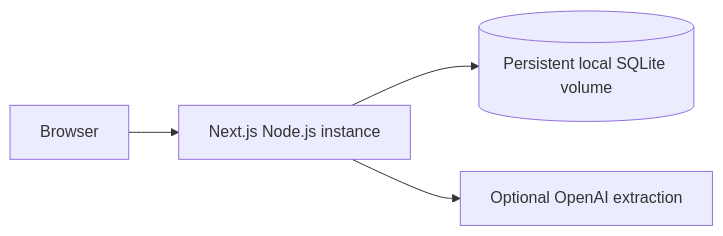
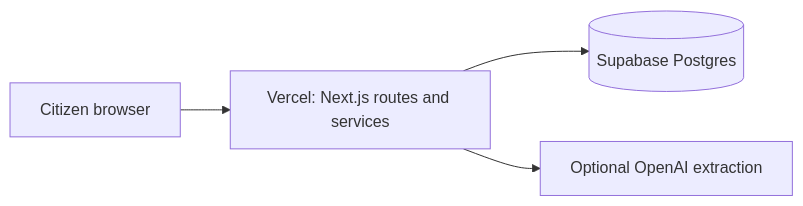
Before and after one commit to Haus-Nous/bhoomi-check: the diagram in docs/DEPLOYMENT.md, drawn with Mermaid. The commit also changed other lines of this file and 45 other files, not shown here.

Commit message:
Phase 15: add Supabase Postgres deployment adapter

````diff
--- a/docs/DEPLOYMENT.md
+++ b/docs/DEPLOYMENT.md
@@ -7,6 +5,6 @@
 ```mermaid
 flowchart LR
-  B[Browser] --> N[Next.js Node.js instance]
-  N --> S[(Persistent local SQLite volume)]
-  N --> O[Optional OpenAI extraction]
+  B[Citizen browser] --> V[Vercel: Next.js routes and services]
+  V --> P[(Supabase Postgres)]
+  V --> O[Optional OpenAI extraction]
 ```
````
